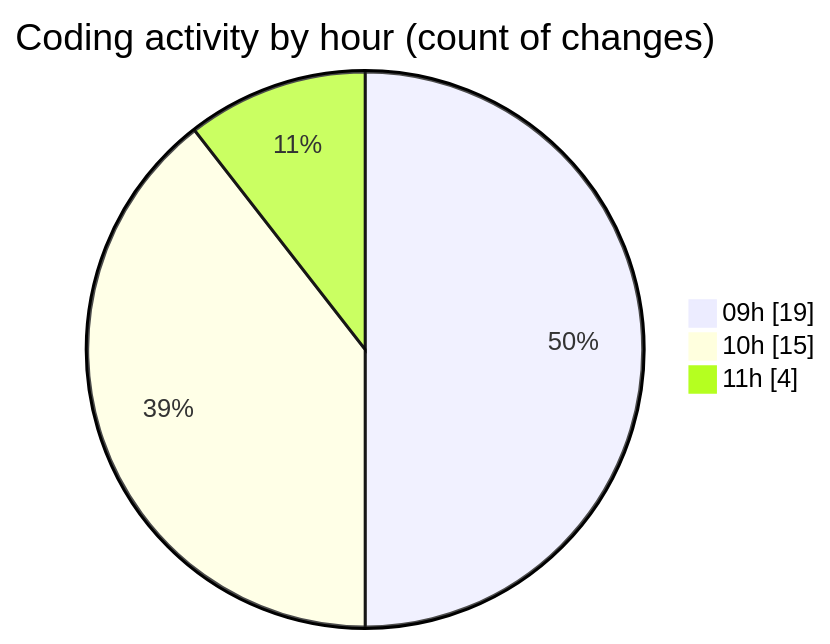
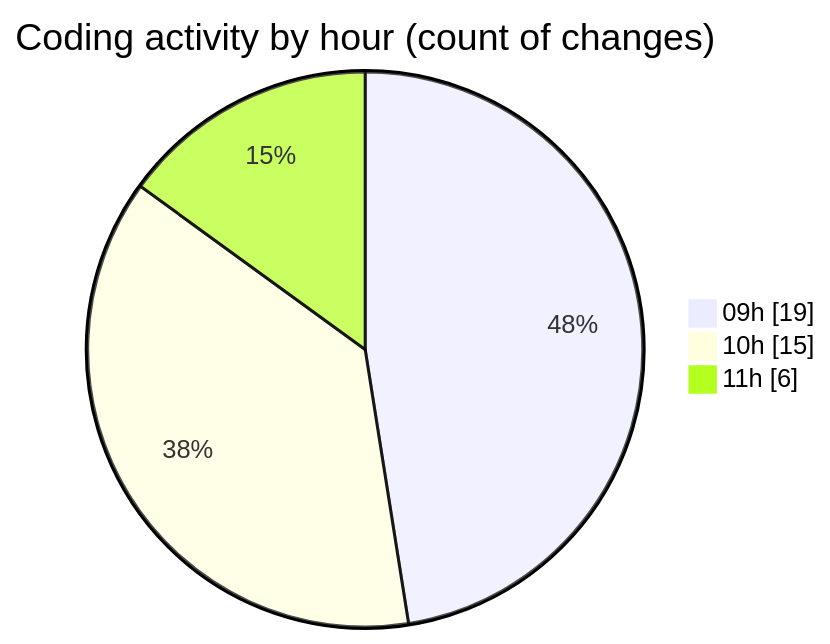
The second of 2 diagrams in 2025-09-05/cda/README.md (momahboobian/code-tracking), drawn with Mermaid before and after one commit. The commit also changed other lines of this file and 1 other file, not shown here.

````diff
--- a/2025-09-05/cda/README.md
+++ b/2025-09-05/cda/README.md
@@ -32,7 +33,7 @@
 ```mermaid
 pie showData
 title Coding activity by hour (count of changes)
 "09h" : 19
 "10h" : 15
-"11h" : 4
+"11h" : 6
 ```
````
